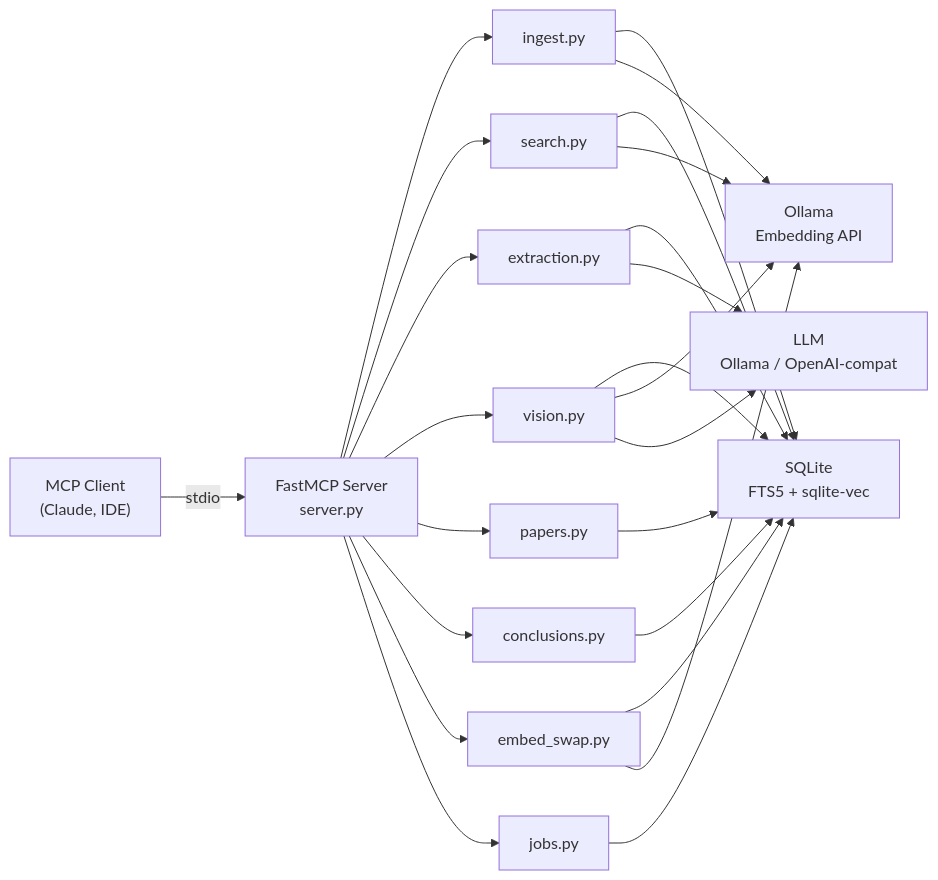
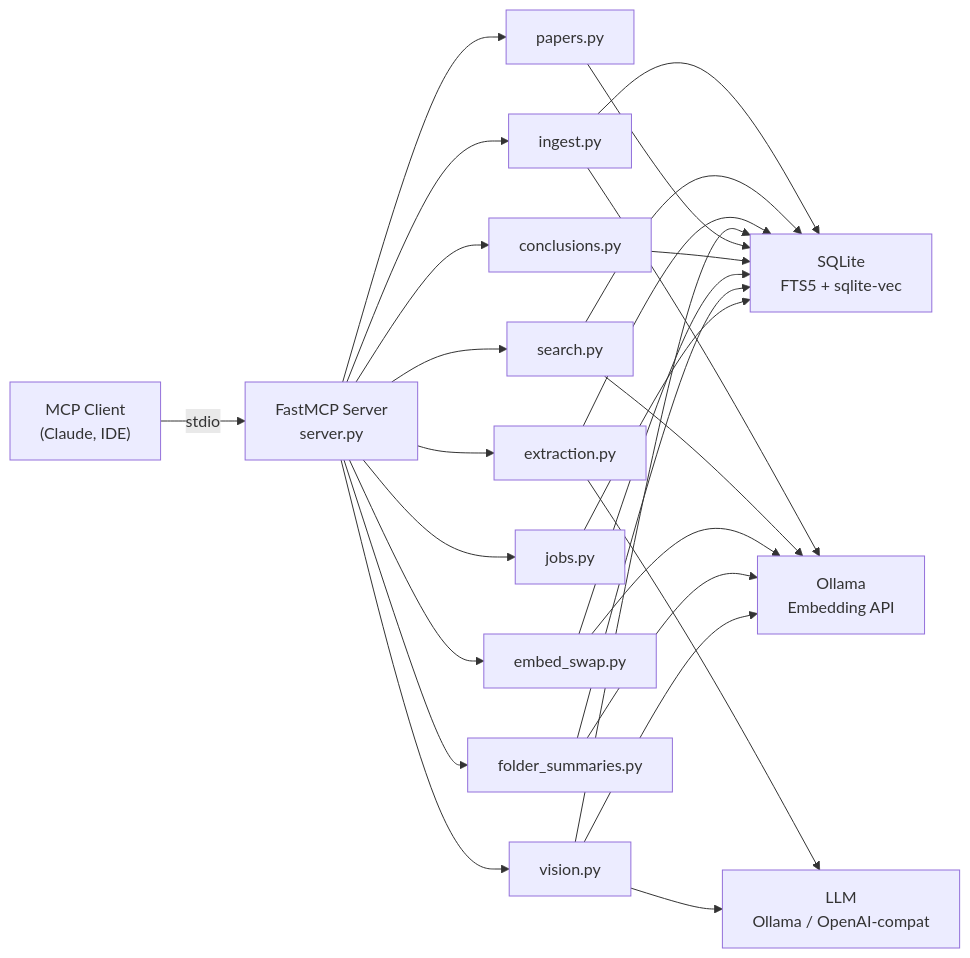
One commit to dutiona/knowledge-base changed the first of 4 diagrams in docs/design/architecture-overview.md. Above: the diagram before and after it, drawn with Mermaid. The commit also changed other lines of this file and 16 other files, not shown here.

````diff
--- a/docs/design/architecture-overview.md
+++ b/docs/design/architecture-overview.md
@@ -5,29 +5,32 @@
 ```{mermaid}
 graph LR
     Client["MCP Client<br/>(Claude, IDE)"] -->|stdio| Server["FastMCP Server<br/>server.py"]
     Server --> Ingest["ingest.py"]
     Server --> Search["search.py"]
     Server --> Extract["extraction.py"]
     Server --> Vision["vision.py"]
     Server --> Papers["papers.py"]
     Server --> Conclusions["conclusions.py"]
     Server --> EmbedSwap["embed_swap.py"]
+    Server --> FolderSum["folder_summaries.py"]
     Server --> Jobs["jobs.py"]
 
     Ingest --> DB["SQLite<br/>FTS5 + sqlite-vec"]
     Search --> DB
     Extract --> DB
     Vision --> DB
     Papers --> DB
     Conclusions --> DB
     EmbedSwap --> DB
+    FolderSum --> DB
     Jobs --> DB
 
     Ingest --> Ollama["Ollama<br/>Embedding API"]
     Search --> Ollama
     EmbedSwap --> Ollama
+    FolderSum --> Ollama
     Vision --> Ollama
 
     Extract --> LLM["LLM<br/>Ollama / OpenAI-compat"]
     Vision --> LLM
 ```
````
